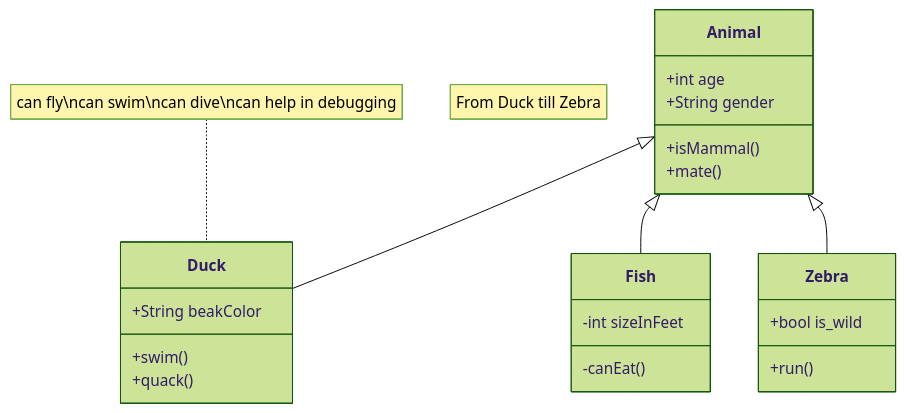
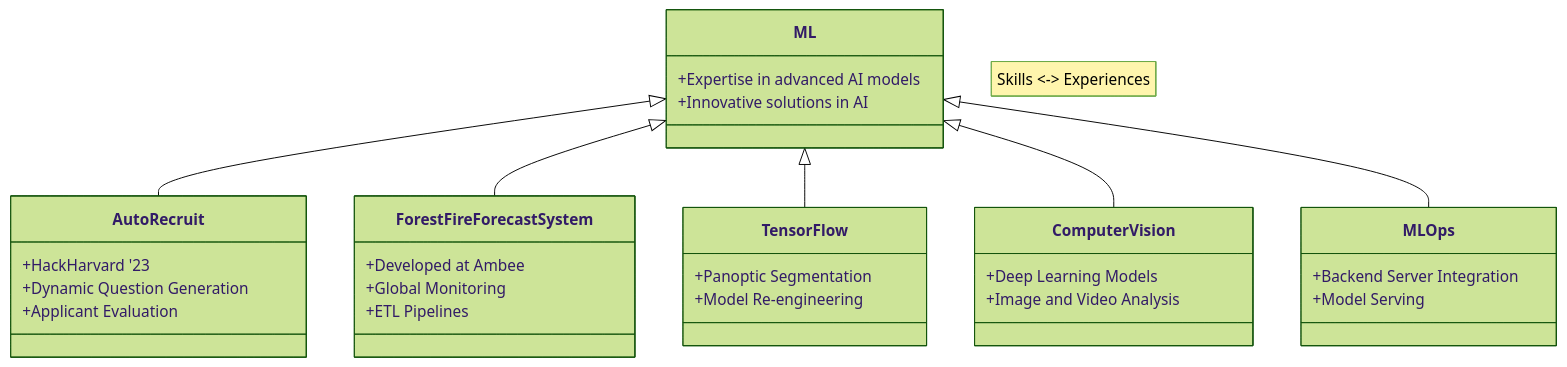
One commit to AkshathRaghav/AkshathRaghav.github.io changed the diagram in _pages/about.md. Above: the diagram before and after it, drawn with Mermaid (forest theme). The commit also changed other lines of this file, not shown here.

````diff
--- a/_pages/about.md
+++ b/_pages/about.md
@@ -40,25 +39,34 @@
 ```mermaid
 classDiagram
-    note "From Duck till Zebra"
-    Animal <|-- Duck
-    note for Duck "can fly\ncan swim\ncan dive\ncan help in debugging"
-    Animal <|-- Fish
-    Animal <|-- Zebra
-    Animal : +int age
-    Animal : +String gender
-    Animal: +isMammal()
-    Animal: +mate()
-    class Duck{
-        +String beakColor
-        +swim()
-        +quack()
+    note "Skills <-> Experiences"
+    ML <|-- AutoRecruit
+    ML <|-- ForestFireForecastSystem
+    ML <|-- TensorFlow
+    ML <|-- ComputerVision
+    ML <|-- MLOps
+    ML : +Expertise in advanced AI models
+    ML : +Innovative solutions in AI
+    
+    class AutoRecruit{
+        +HackHarvard '23
+        +Dynamic Question Generation
+        +Applicant Evaluation
     }
-    class Fish{
-        -int sizeInFeet
-        -canEat()
+    class ForestFireForecastSystem{
+        +Developed at Ambee
+        +Global Monitoring
+        +ETL Pipelines
     }
-    class Zebra{
-        +bool is_wild
-        +run()
+    class TensorFlow{
+        +Panoptic Segmentation
+        +Model Re-engineering
+    }
+    class ComputerVision{
+        +Deep Learning Models
+        +Image and Video Analysis
+    }
+    class MLOps{
+        +Backend Server Integration
+        +Model Serving
     }
 ```
````
